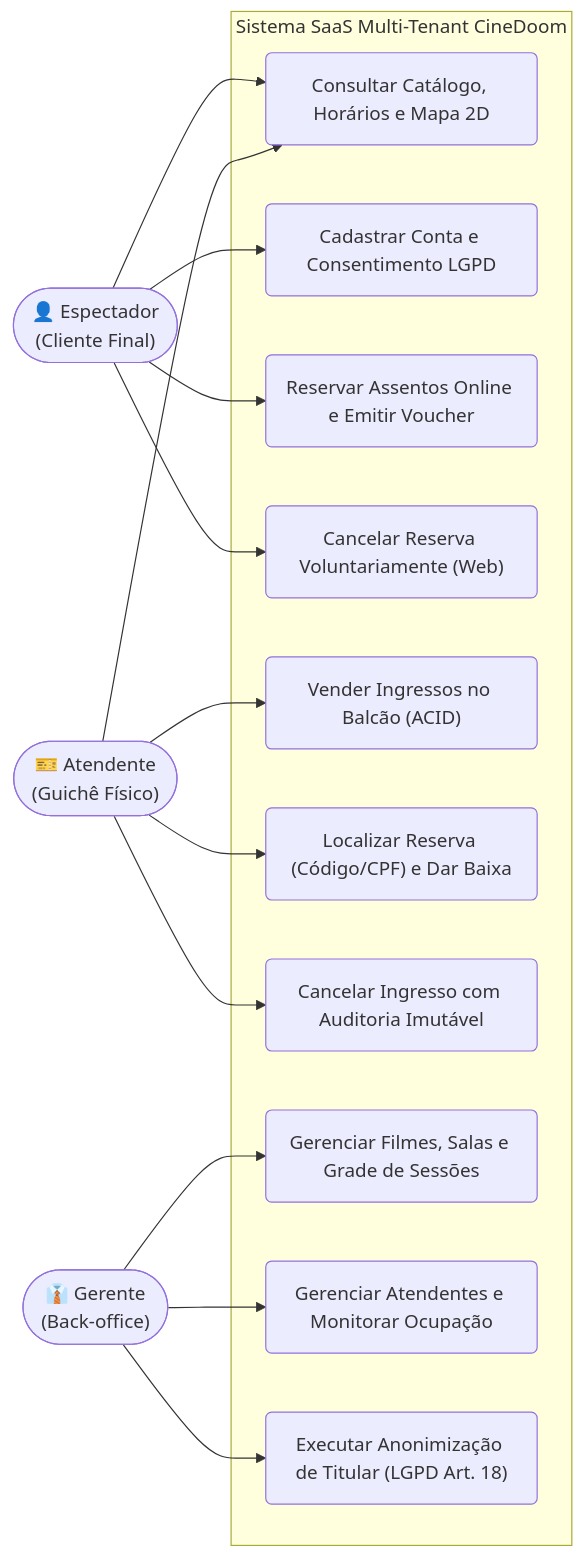
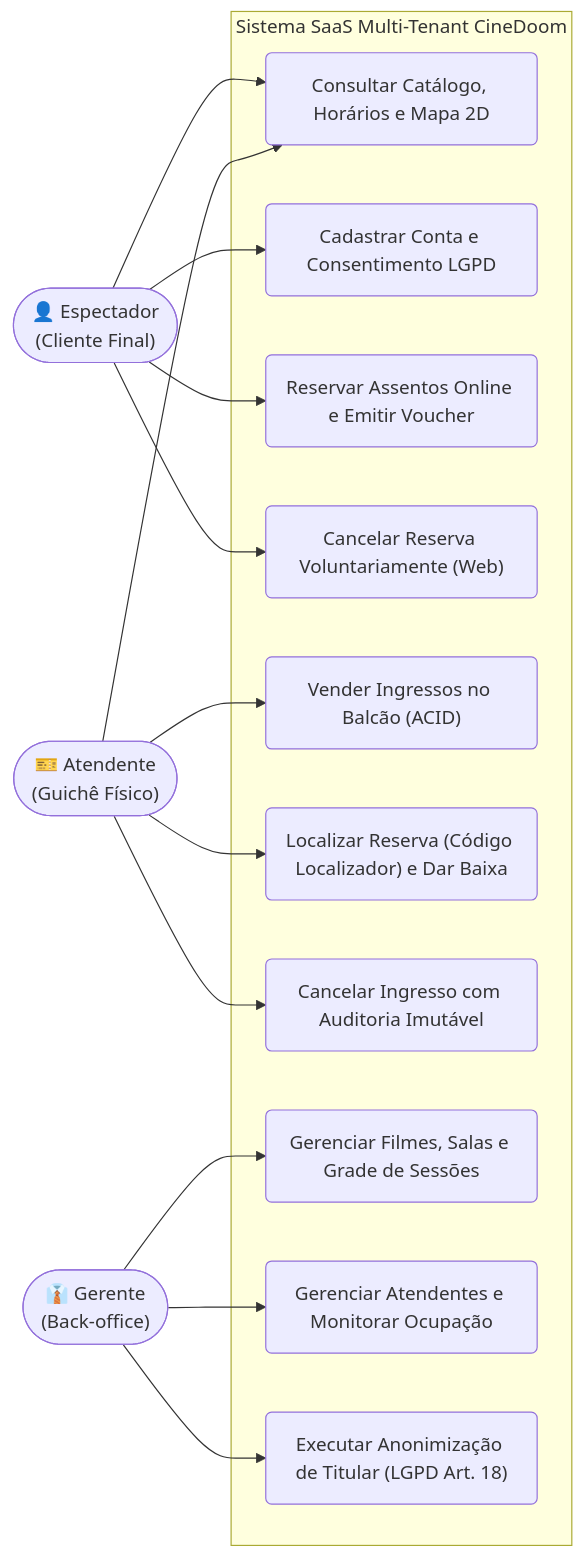
Before and after one commit to CINESOFT-SOLUTIONS/manual-processos-software: the fourth of 6 diagrams in manual/capitulos/05-processos-tecnicos.md, drawn with Mermaid. The commit also changed other lines of this file and 18 other files, not shown here.

````diff
--- a/manual/capitulos/05-processos-tecnicos.md
+++ b/manual/capitulos/05-processos-tecnicos.md
@@ -353,33 +354,33 @@
 ```mermaid
 flowchart LR
     Esp(["👤 Espectador\n(Cliente Final)"])
     Atd(["🎫 Atendente\n(Guichê Físico)"])
     Ger(["👔 Gerente\n(Back-office)"])
 
     subgraph CineDoom["Sistema SaaS Multi-Tenant CineDoom"]
         UC1("Consultar Catálogo, Horários e Mapa 2D")
         UC2("Cadastrar Conta e Consentimento LGPD")
         UC3("Reservar Assentos Online e Emitir Voucher")
         UC4("Cancelar Reserva Voluntariamente (Web)")
         UC5("Vender Ingressos no Balcão (ACID)")
-        UC6("Localizar Reserva (Código/CPF) e Dar Baixa")
+        UC6("Localizar Reserva (Código Localizador) e Dar Baixa")
         UC7("Cancelar Ingresso com Auditoria Imutável")
         UC8("Gerenciar Filmes, Salas e Grade de Sessões")
         UC9("Gerenciar Atendentes e Monitorar Ocupação")
         UC10("Executar Anonimização de Titular (LGPD Art. 18)")
     end
 
     Esp --> UC1
     Esp --> UC2
     Esp --> UC3
     Esp --> UC4
 
     Atd --> UC1
     Atd --> UC5
     Atd --> UC6
     Atd --> UC7
 
     Ger --> UC8
     Ger --> UC9
     Ger --> UC10
 ```
````
